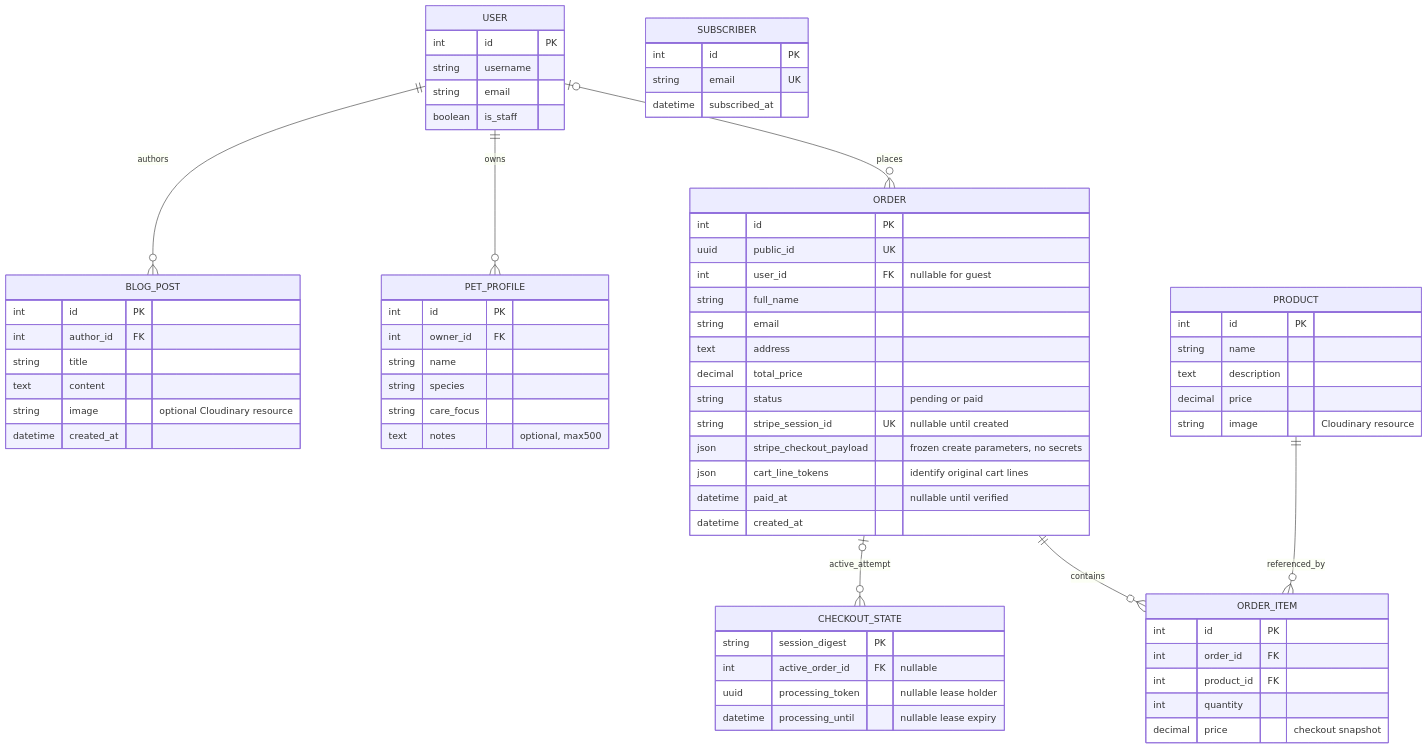
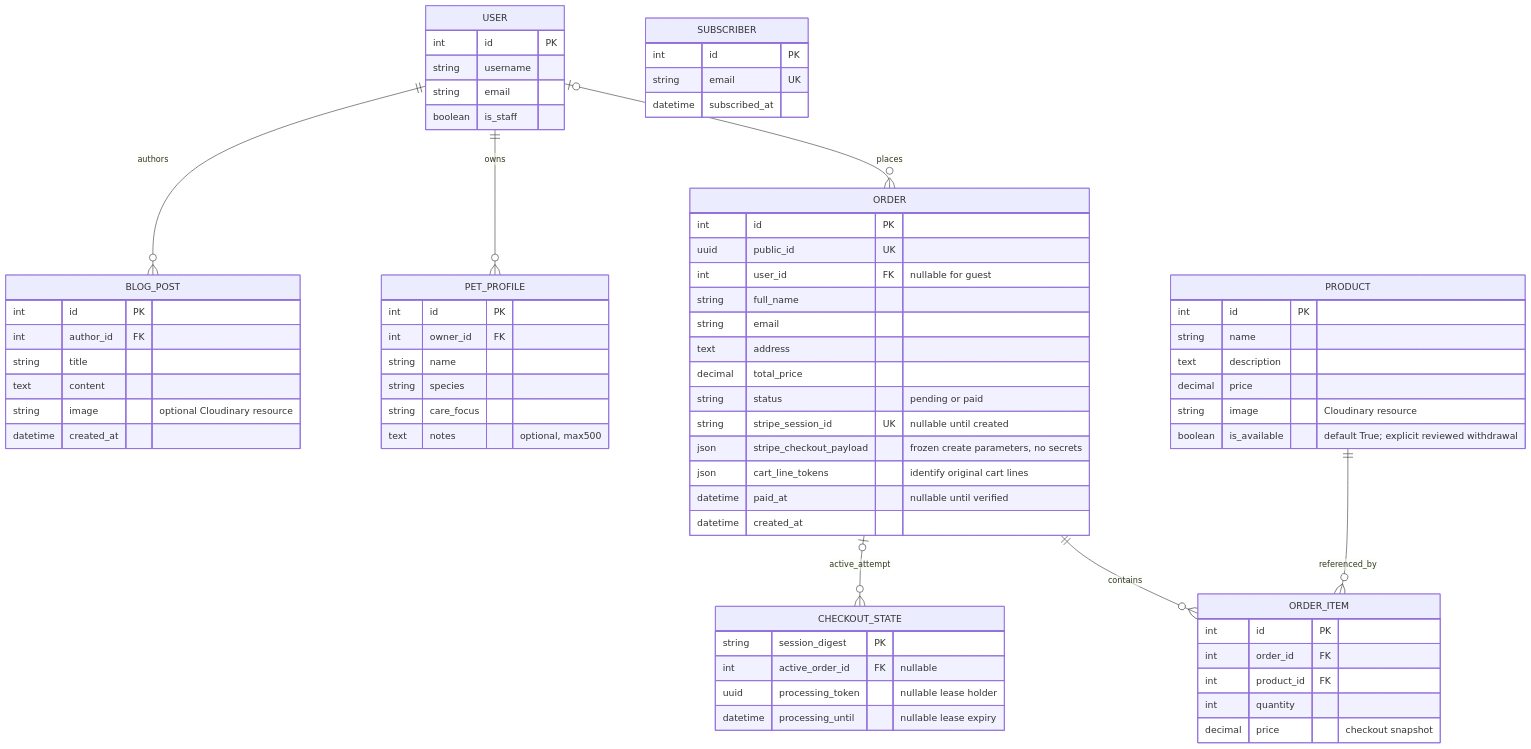
The diagram in docs/MODELS.md (bobes81/Petwell), drawn with Mermaid before and after one commit. The commit also changed other lines of this file and 42 other files, not shown here.

````diff
--- a/docs/MODELS.md
+++ b/docs/MODELS.md
@@ -5,71 +5,72 @@
 ```mermaid
 erDiagram
     USER ||--o{ BLOG_POST : authors
     USER ||--o{ PET_PROFILE : owns
     ORDER o|--o{ CHECKOUT_STATE : active_attempt
     USER o|--o{ ORDER : places
     ORDER ||--o{ ORDER_ITEM : contains
     PRODUCT ||--o{ ORDER_ITEM : referenced_by
     USER {
         int id PK
         string username
         string email
         boolean is_staff
     }
     PET_PROFILE {
         int id PK
         int owner_id FK
         string name
         string species
         string care_focus
         text notes "optional, max500"
     }
     CHECKOUT_STATE {
         string session_digest PK
         int active_order_id FK "nullable"
         uuid processing_token "nullable lease holder"
         datetime processing_until "nullable lease expiry"
     }
     PRODUCT {
         int id PK
         string name
         text description
         decimal price
         string image "Cloudinary resource"
+        boolean is_available "default True; explicit reviewed withdrawal"
     }
     BLOG_POST {
         int id PK
         int author_id FK
         string title
         text content
         string image "optional Cloudinary resource"
         datetime created_at
     }
     ORDER {
         int id PK
         uuid public_id UK
         int user_id FK "nullable for guest"
         string full_name
         string email
         text address
         decimal total_price
         string status "pending or paid"
         string stripe_session_id UK "nullable until created"
         json stripe_checkout_payload "frozen create parameters, no secrets"
         json cart_line_tokens "identify original cart lines"
         datetime paid_at "nullable until verified"
         datetime created_at
     }
     ORDER_ITEM {
         int id PK
         int order_id FK
         int product_id FK
         int quantity
         decimal price "checkout snapshot"
     }
     SUBSCRIBER {
         int id PK
         string email UK
         datetime subscribed_at
     }
 ```
````
